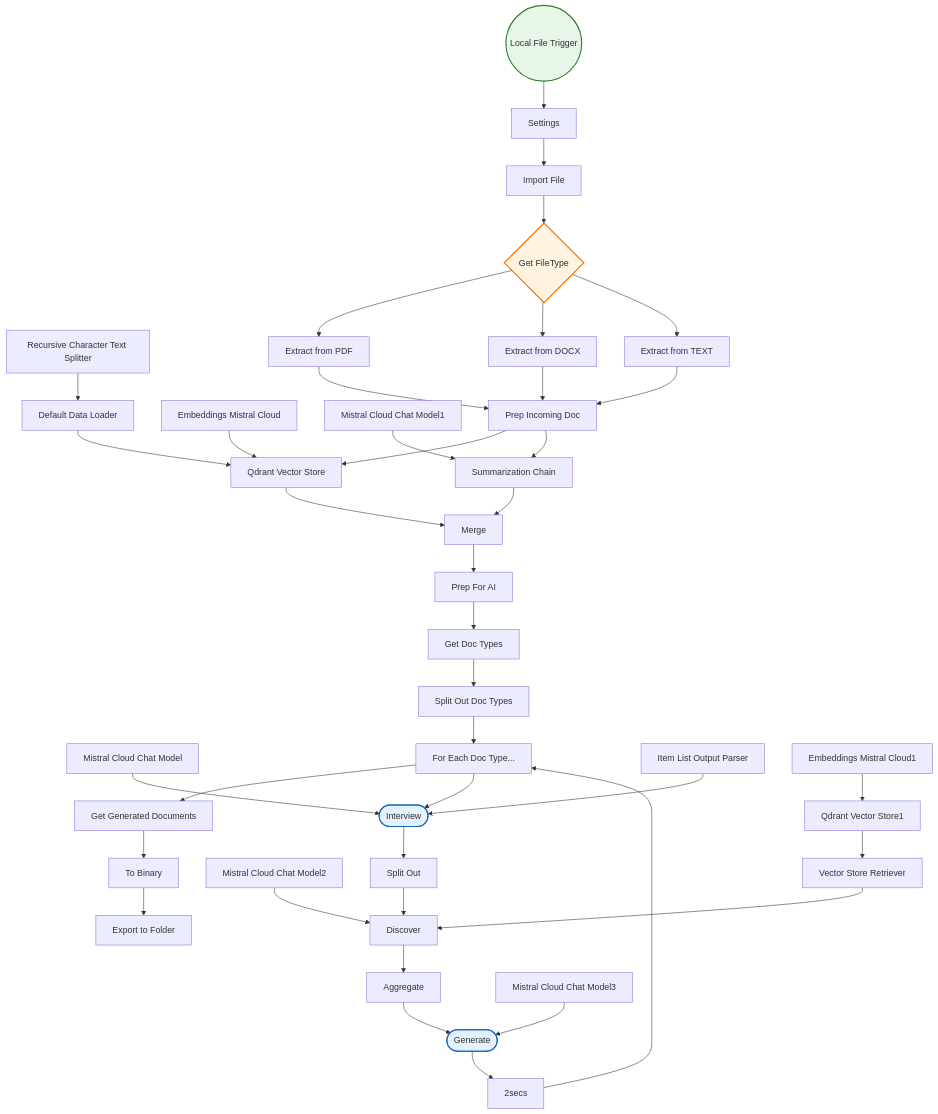
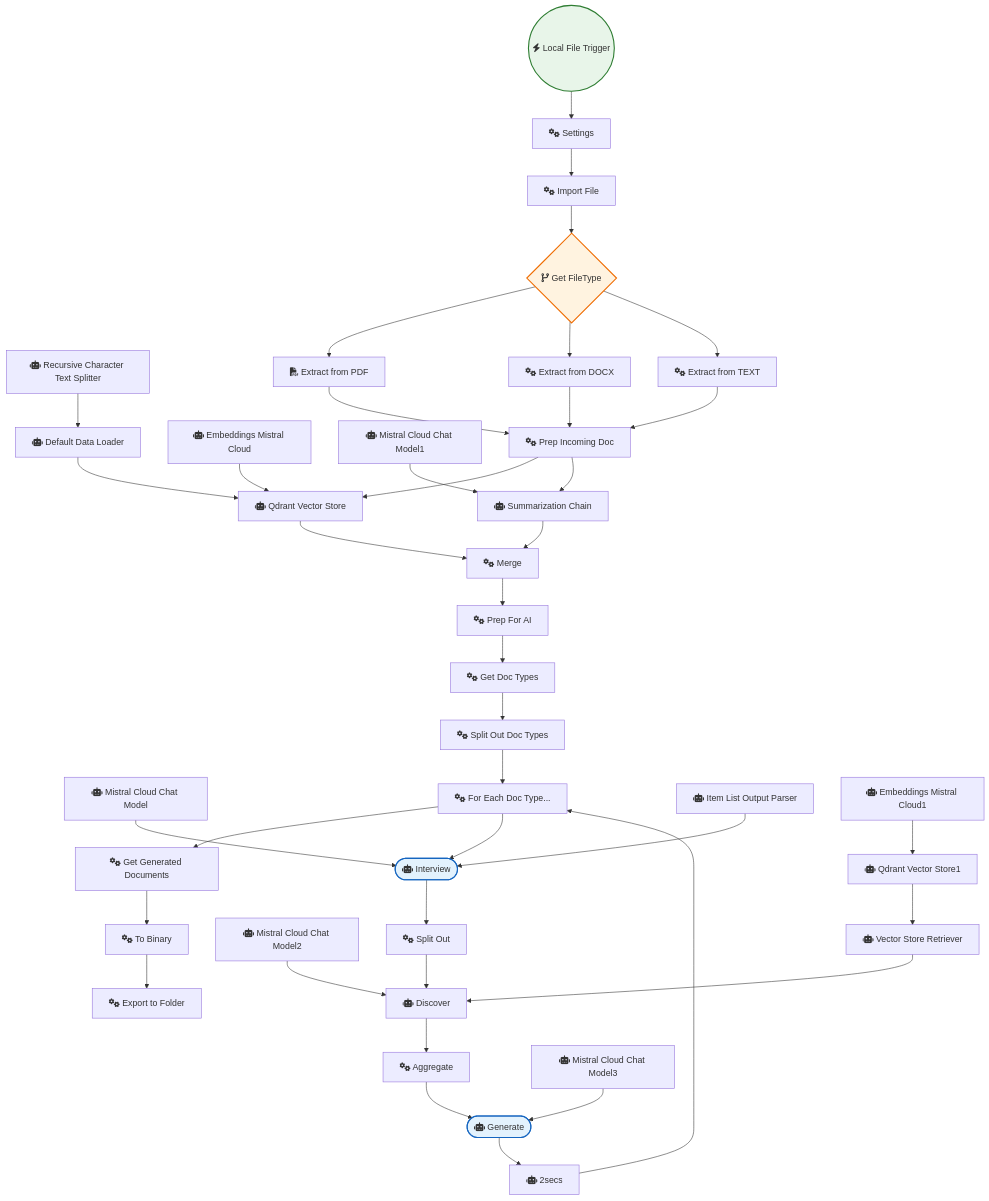
One commit to sreyash3105/N8N-DEMO-AUTOMATIONS changed the diagram in PDF_and_Document_Processing/Breakdown Documents into Study Notes using Templating MistralAI and Qdrant.md. Above: the diagram before and after it, drawn with Mermaid. The commit also changed 291 other files, not shown here.

````diff
--- a/PDF_and_Document_Processing/Breakdown Documents into Study Notes using Templating MistralAI and Qdrant.md
+++ b/PDF_and_Document_Processing/Breakdown Documents into Study Notes using Templating MistralAI and Qdrant.md
@@ -1,81 +1,81 @@
 ```mermaid
 graph TD
     classDef trigger fill:#e8f5e9,stroke:#2e7d32,stroke-width:2px;
     classDef ai fill:#e3f2fd,stroke:#1565c0,stroke-width:2px;
     classDef logic fill:#fff3e0,stroke:#ef6c00,stroke-width:2px;
 
-    Local_File_Trigger(("Local File Trigger")):::trigger
-    Default_Data_Loader["Default Data Loader"]
-    Recursive_Character_Text_Splitter["Recursive Character Text Splitter"]
-    Embeddings_Mistral_Cloud["Embeddings Mistral Cloud"]
-    Mistral_Cloud_Chat_Model["Mistral Cloud Chat Model"]
-    Mistral_Cloud_Chat_Model1["Mistral Cloud Chat Model1"]
-    Prep_Incoming_Doc["Prep Incoming Doc"]
-    Settings["Settings"]
-    Merge["Merge"]
-    Get_Doc_Types["Get Doc Types"]
-    Split_Out_Doc_Types["Split Out Doc Types"]
-    For_Each_Doc_Type___["For Each Doc Type..."]
-    Item_List_Output_Parser["Item List Output Parser"]
-    Vector_Store_Retriever["Vector Store Retriever"]
-    Embeddings_Mistral_Cloud1["Embeddings Mistral Cloud1"]
-    Qdrant_Vector_Store1["Qdrant Vector Store1"]
-    Mistral_Cloud_Chat_Model2["Mistral Cloud Chat Model2"]
-    Split_Out["Split Out"]
-    Aggregate["Aggregate"]
-    Mistral_Cloud_Chat_Model3["Mistral Cloud Chat Model3"]
-    Discover["Discover"]
-    n_2secs["2secs"]
-    Get_Generated_Documents["Get Generated Documents"]
-    Generate(["Generate"]):::ai
-    Prep_For_AI["Prep For AI"]
-    To_Binary["To Binary"]
-    Export_to_Folder["Export to Folder"]
-    Get_FileType{"Get FileType"}:::logic
-    Import_File["Import File"]
-    Extract_from_PDF["Extract from PDF"]
-    Extract_from_DOCX["Extract from DOCX"]
-    Extract_from_TEXT["Extract from TEXT"]
-    Summarization_Chain["Summarization Chain"]
-    Qdrant_Vector_Store["Qdrant Vector Store"]
-    Interview(["Interview"]):::ai
+    Local_File_Trigger(("fas:fa-bolt Local File Trigger")):::trigger
+    Default_Data_Loader["fas:fa-robot Default Data Loader"]
+    Recursive_Character_Text_Splitter["fas:fa-robot Recursive Character Text Splitter"]
+    Embeddings_Mistral_Cloud["fas:fa-robot Embeddings Mistral Cloud"]
+    Mistral_Cloud_Chat_Model["fas:fa-robot Mistral Cloud Chat Model"]
+    Mistral_Cloud_Chat_Model1["fas:fa-robot Mistral Cloud Chat Model1"]
+    Prep_Incoming_Doc["fas:fa-cogs Prep Incoming Doc"]
+    Settings["fas:fa-cogs Settings"]
+    Merge["fas:fa-cogs Merge"]
+    Get_Doc_Types["fas:fa-cogs Get Doc Types"]
+    Split_Out_Doc_Types["fas:fa-cogs Split Out Doc Types"]
+    For_Each_Doc_Type___["fas:fa-cogs For Each Doc Type..."]
+    Item_List_Output_Parser["fas:fa-robot Item List Output Parser"]
+    Vector_Store_Retriever["fas:fa-robot Vector Store Retriever"]
+    Embeddings_Mistral_Cloud1["fas:fa-robot Embeddings Mistral Cloud1"]
+    Qdrant_Vector_Store1["fas:fa-robot Qdrant Vector Store1"]
+    Mistral_Cloud_Chat_Model2["fas:fa-robot Mistral Cloud Chat Model2"]
+    Split_Out["fas:fa-cogs Split Out"]
+    Aggregate["fas:fa-cogs Aggregate"]
+    Mistral_Cloud_Chat_Model3["fas:fa-robot Mistral Cloud Chat Model3"]
+    Discover["fas:fa-robot Discover"]
+    n_2secs["fas:fa-robot 2secs"]
+    Get_Generated_Documents["fas:fa-cogs Get Generated Documents"]
+    Generate(["fas:fa-robot Generate"]):::ai
+    Prep_For_AI["fas:fa-cogs Prep For AI"]
+    To_Binary["fas:fa-cogs To Binary"]
+    Export_to_Folder["fas:fa-cogs Export to Folder"]
+    Get_FileType{"fas:fa-code-branch Get FileType"}:::logic
+    Import_File["fas:fa-cogs Import File"]
+    Extract_from_PDF["fas:fa-file-pdf Extract from PDF"]
+    Extract_from_DOCX["fas:fa-cogs Extract from DOCX"]
+    Extract_from_TEXT["fas:fa-cogs Extract from TEXT"]
+    Summarization_Chain["fas:fa-robot Summarization Chain"]
+    Qdrant_Vector_Store["fas:fa-robot Qdrant Vector Store"]
+    Interview(["fas:fa-robot Interview"]):::ai
 
     n_2secs --> For_Each_Doc_Type___
     Merge --> Prep_For_AI
     Discover --> Aggregate
     Generate --> n_2secs
     Settings --> Import_File
     Aggregate --> Generate
     Interview --> Split_Out
     Split_Out --> Discover
     To_Binary --> Export_to_Folder
     Import_File --> Get_FileType
     Prep_For_AI --> Get_Doc_Types
     Get_FileType --> Extract_from_PDF
     Get_FileType --> Extract_from_DOCX
     Get_FileType --> Extract_from_TEXT
     Get_Doc_Types --> Split_Out_Doc_Types
     Extract_from_PDF --> Prep_Incoming_Doc
     Extract_from_DOCX --> Prep_Incoming_Doc
     Extract_from_TEXT --> Prep_Incoming_Doc
     Prep_Incoming_Doc --> Qdrant_Vector_Store
     Prep_Incoming_Doc --> Summarization_Chain
     Local_File_Trigger --> Settings
     Default_Data_Loader --> Qdrant_Vector_Store
     Qdrant_Vector_Store --> Merge
     Split_Out_Doc_Types --> For_Each_Doc_Type___
     Summarization_Chain --> Merge
     For_Each_Doc_Type___ --> Get_Generated_Documents
     For_Each_Doc_Type___ --> Interview
     Qdrant_Vector_Store1 --> Vector_Store_Retriever
     Vector_Store_Retriever --> Discover
     Get_Generated_Documents --> To_Binary
     Item_List_Output_Parser --> Interview
     Embeddings_Mistral_Cloud --> Qdrant_Vector_Store
     Mistral_Cloud_Chat_Model --> Interview
     Embeddings_Mistral_Cloud1 --> Qdrant_Vector_Store1
     Mistral_Cloud_Chat_Model1 --> Summarization_Chain
     Mistral_Cloud_Chat_Model2 --> Discover
     Mistral_Cloud_Chat_Model3 --> Generate
     Recursive_Character_Text_Splitter --> Default_Data_Loader
 ```
````
